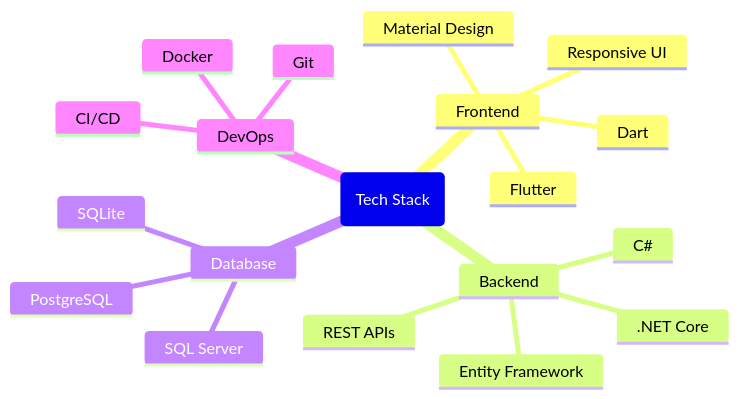
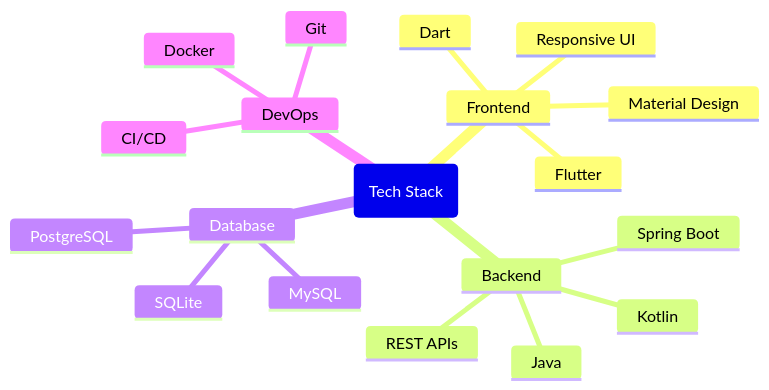
Before and after one commit to noel-srocha/noel-srocha: the diagram in README.md, drawn with Mermaid. The commit also changed other lines of this file, not shown here.

````diff
--- a/README.md
+++ b/README.md
@@ -36,22 +35,22 @@
 ```mermaid
 mindmap
   root(Tech Stack)
     Frontend
       Flutter
       Dart
       Material Design
       Responsive UI
     Backend
-      .NET Core
-      C#
-      Entity Framework
+      Spring Boot
+      Java
+      Kotlin
       REST APIs
     Database
-      SQL Server
+      MySQL
       PostgreSQL
       SQLite
     DevOps
       Git
       Docker
       CI/CD
 ```
````
